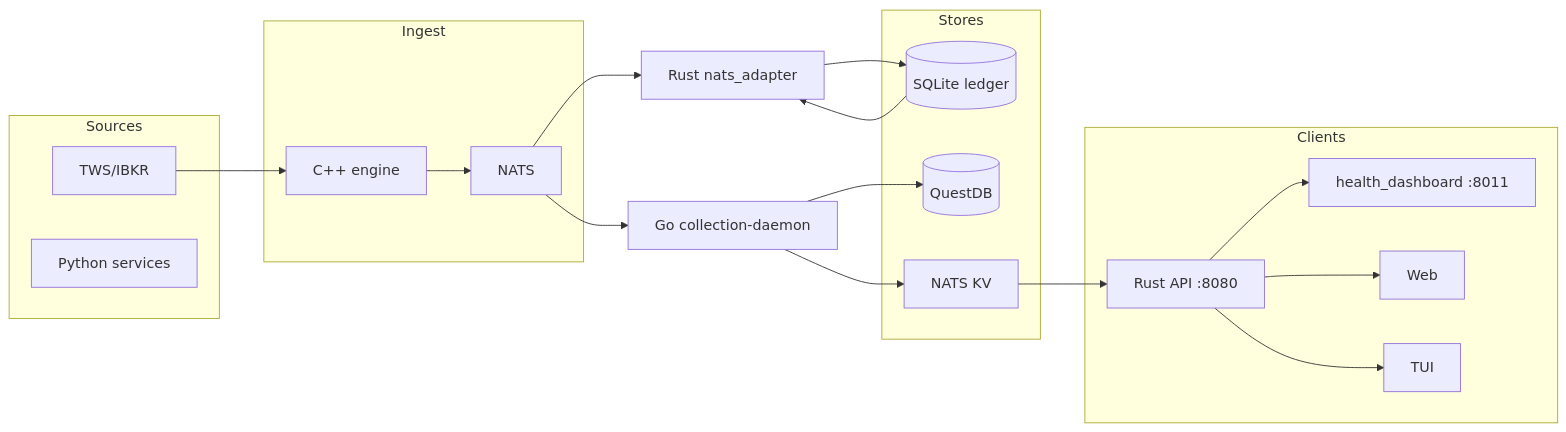
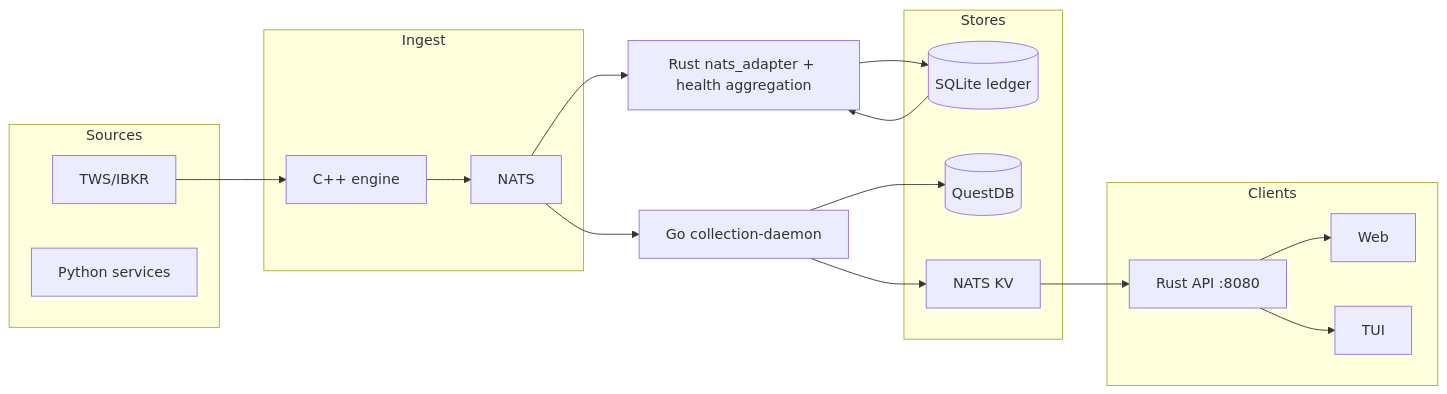
One commit to davidl71/Aether changed the diagram in docs/platform/DATAFLOW_ARCHITECTURE.md. Above: the diagram before and after it, drawn with Mermaid. The commit also changed other lines of this file and 24 other files, not shown here.

Commit message:
Move health aggregation into Rust

````diff
--- a/docs/platform/DATAFLOW_ARCHITECTURE.md
+++ b/docs/platform/DATAFLOW_ARCHITECTURE.md
@@ -256,34 +256,32 @@
 ```mermaid
 flowchart LR
   subgraph sources [Sources]
     TWS[TWS/IBKR]
     Python[Python services]
   end
   subgraph ingest [Ingest]
     Cpp[C++ engine]
     Nats[NATS]
   end
   subgraph stores [Stores]
     Ledger[(SQLite ledger)]
     QDB[(QuestDB)]
     KV[NATS KV]
   end
   subgraph clients [Clients]
     RustApi[Rust API :8080]
-    HealthDash[health_dashboard :8011]
     Web[Web]
     TUI[TUI]
   end
   TWS --> Cpp
   Cpp --> Nats
   Nats --> Collector[Go collection-daemon]
-  Nats --> Rust[Rust nats_adapter]
+  Nats --> Rust[Rust nats_adapter + health aggregation]
   Collector --> QDB
   Collector --> KV
   Rust --> Ledger
   RustApi --> Web
   RustApi --> TUI
   Ledger --> Rust
   KV --> RustApi
-  RustApi --> HealthDash
 ```
````
